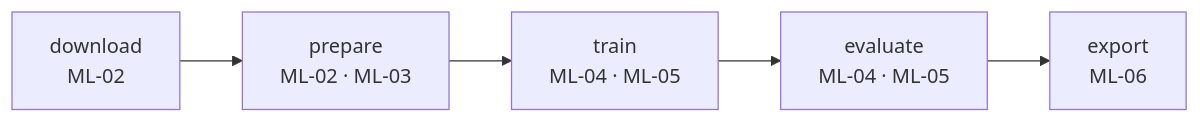
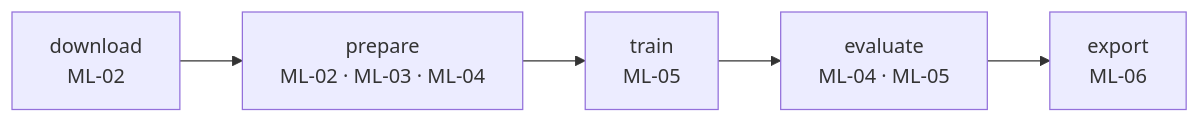
Before and after one commit to thehouse-team/TheHouse-ML: the second of 4 diagrams in specs/ARQUITECTURA.md, drawn with Mermaid. The commit also changed other lines of this file and 9 other files, not shown here.

````diff
--- a/specs/ARQUITECTURA.md
+++ b/specs/ARQUITECTURA.md
@@ -52,7 +52,7 @@
 ```mermaid
 flowchart LR
-    D["download<br/>ML-02"] --> P["prepare<br/>ML-02 · ML-03"]
-    P --> T["train<br/>ML-04 · ML-05"]
+    D["download<br/>ML-02"] --> P["prepare<br/>ML-02 · ML-03 · ML-04"]
+    P --> T["train<br/>ML-05"]
     T --> E["evaluate<br/>ML-04 · ML-05"]
     E --> X["export<br/>ML-06"]
 ```
````
